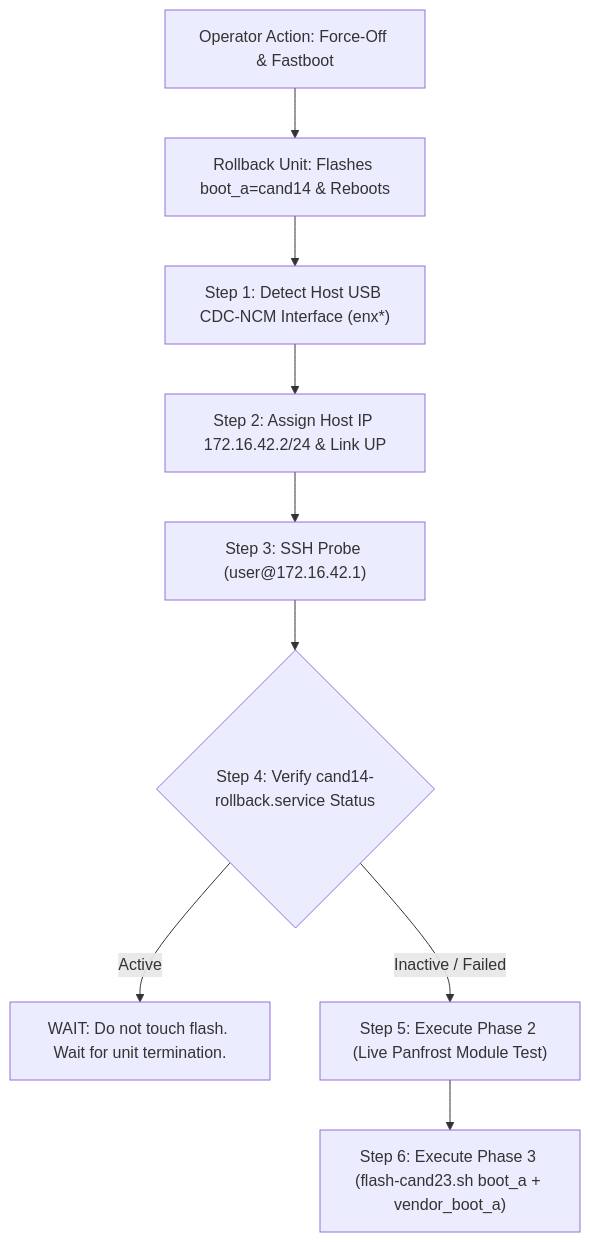
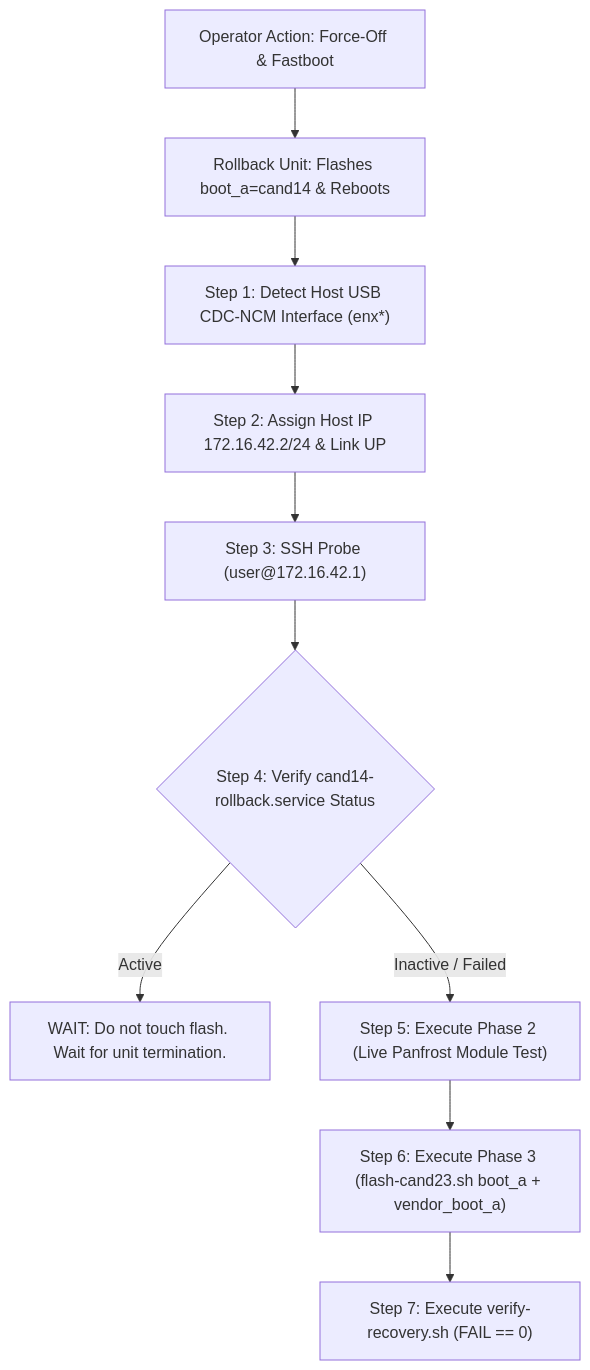
Before and after one commit to omnipha/linux-google-gs101: the diagram in Documentation/gs101/evidence/issue11-gpu/recovery-trigger-checklist.md, drawn with Mermaid. The commit also changed other lines of this file and 1 other file, not shown here.

````diff
--- a/Documentation/gs101/evidence/issue11-gpu/recovery-trigger-checklist.md
+++ b/Documentation/gs101/evidence/issue11-gpu/recovery-trigger-checklist.md
@@ -21,11 +21,12 @@
 ```mermaid
 flowchart TD
     A["Operator Action: Force-Off & Fastboot"] --> B["Rollback Unit: Flashes boot_a=cand14 & Reboots"]
     B --> C["Step 1: Detect Host USB CDC-NCM Interface (enx*)"]
     C --> D["Step 2: Assign Host IP 172.16.42.2/24 & Link UP"]
     D --> E["Step 3: SSH Probe (user@172.16.42.1)"]
     E --> F{"Step 4: Verify cand14-rollback.service Status"}
     F -->|Active| G["WAIT: Do not touch flash. Wait for unit termination."]
     F -->|Inactive / Failed| H["Step 5: Execute Phase 2 (Live Panfrost Module Test)"]
     H --> I["Step 6: Execute Phase 3 (flash-cand23.sh boot_a + vendor_boot_a)"]
+    I --> J["Step 7: Execute verify-recovery.sh (FAIL == 0)"]
 ```
````
